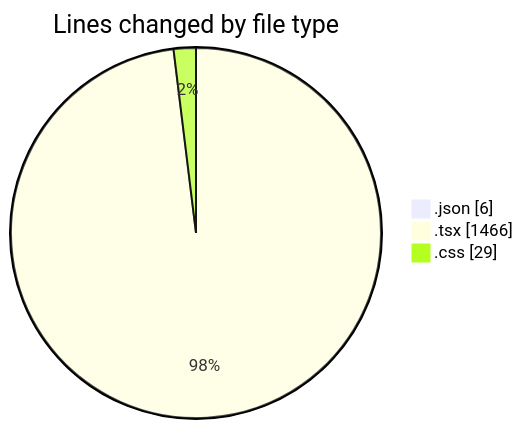
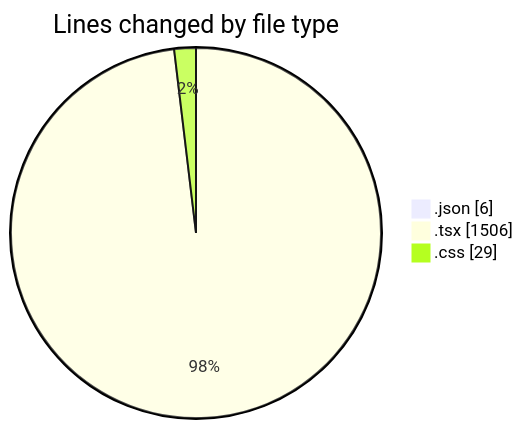
One commit to Elitesun/code-tracking changed the first of 2 diagrams in 2025-04-07/sungpt/README.md. Above: the diagram before and after it, drawn with Mermaid. The commit also changed other lines of this file and 1 other file, not shown here.

````diff
--- a/2025-04-07/sungpt/README.md
+++ b/2025-04-07/sungpt/README.md
@@ -27,7 +27,7 @@
 ```mermaid
 pie showData
 title Lines changed by file type
 ".json" : 6
-".tsx" : 1466
+".tsx" : 1506
 ".css" : 29
 ```
````
